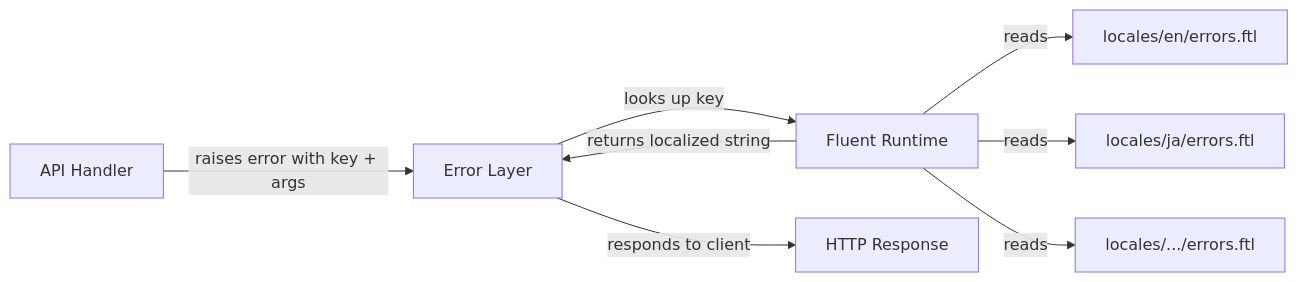
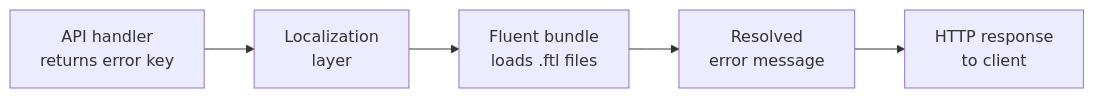
Before and after one commit to leszek3737/librefang-WIki: the diagram in other-librefang-types-locales.md, drawn with Mermaid. The commit also changed other lines of this file and 119 other files, not shown here.

````diff
--- a/other-librefang-types-locales.md
+++ b/other-librefang-types-locales.md
@@ -140,10 +150,7 @@
 ```mermaid
-graph LR
-    A[API Handler] -->|raises error with key + args| B[Error Layer]
-    B -->|looks up key| C[Fluent Runtime]
-    C -->|reads| D["locales/en/errors.ftl"]
-    C -->|reads| E["locales/ja/errors.ftl"]
-    C -->|reads| F["locales/.../errors.ftl"]
-    C -->|returns localized string| B
-    B -->|responds to client| G[HTTP Response]
+flowchart LR
+    A[API handler<br/>returns error key] --> B[Localization<br/>layer]
+    B --> C[Fluent bundle<br/>loads .ftl files]
+    C --> D[Resolved<br/>error message]
+    D --> E[HTTP response<br/>to client]
 ```
````
